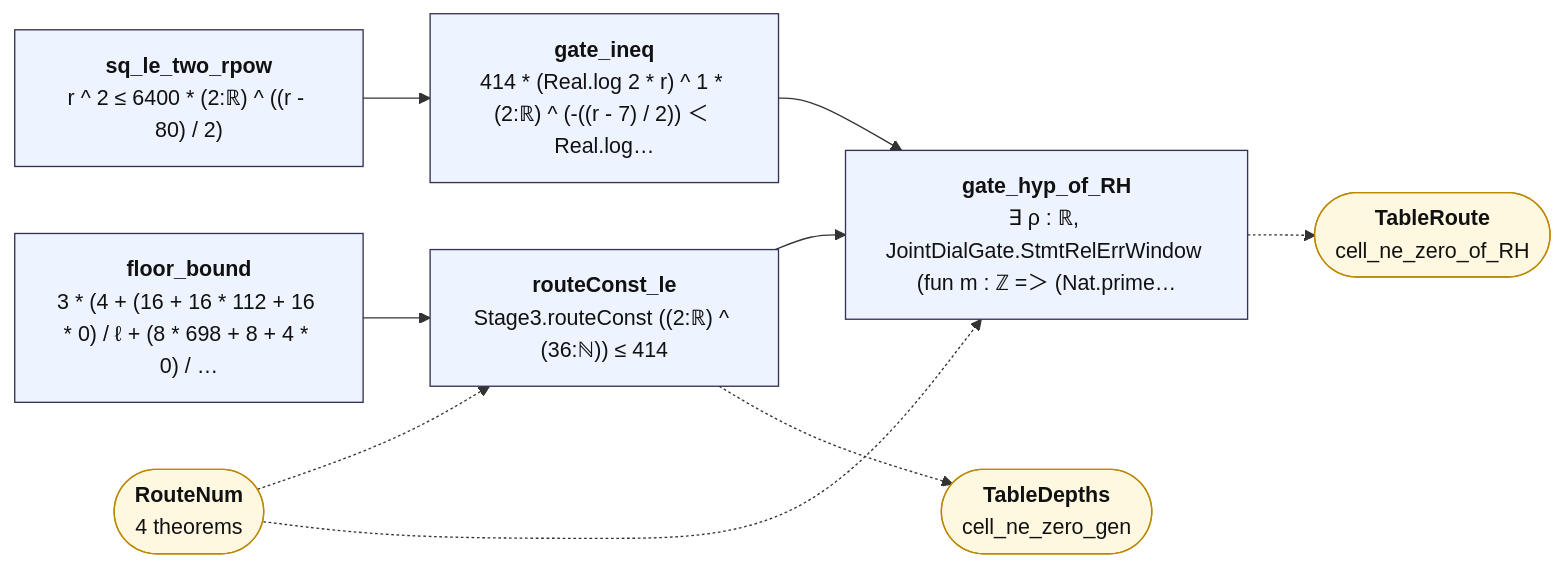
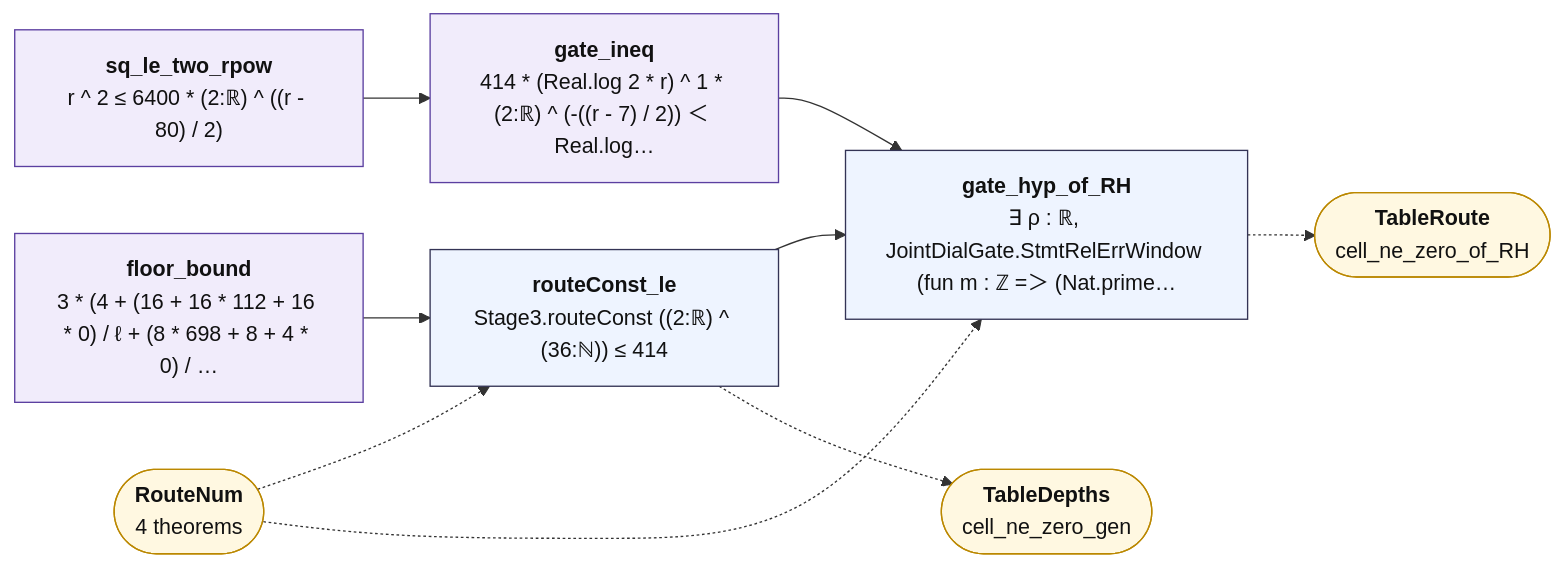
Before and after one commit to juliansambranojr/Primebeat_081426: the diagram in map/lean_stage3/GateEval.md, drawn with Mermaid. The commit also changed other lines of this file and 398 other files, not shown here.

````diff
--- a/map/lean_stage3/GateEval.md
+++ b/map/lean_stage3/GateEval.md
@@ -12,24 +12,27 @@
 ```mermaid
 flowchart LR
-  n0["<b>floor_bound</b><br/>3 * (4 + (16 + 16 * 112 + 16 * 0) / ℓ + (8 * 698 + 8 + 4 * 0) / …"]:::thm
+  n0["<b>floor_bound</b><br/>3 * (4 + (16 + 16 * 112 + 16 * 0) / ℓ + (8 * 698 + 8 + 4 * 0) / …"]:::shp
   n1["<b>routeConst_le</b><br/>Stage3.routeConst ((2:ℝ) ^ (36:ℕ)) ≤ 414"]:::thm
-  n2["<b>sq_le_two_rpow</b><br/>r ^ 2 ≤ 6400 * (2:ℝ) ^ ((r - 80) / 2)"]:::thm
-  n3["<b>gate_ineq</b><br/>414 * (Real.log 2 * r) ^ 1 * (2:ℝ) ^ (-((r - 7) / 2)) ＜ Real.log…"]:::thm
+  n2["<b>sq_le_two_rpow</b><br/>r ^ 2 ≤ 6400 * (2:ℝ) ^ ((r - 80) / 2)"]:::shp
+  n3["<b>gate_ineq</b><br/>414 * (Real.log 2 * r) ^ 1 * (2:ℝ) ^ (-((r - 7) / 2)) ＜ Real.log…"]:::shp
   n4["<b>gate_hyp_of_RH</b><br/>∃ ρ : ℝ, JointDialGate.StmtRelErrWindow (fun m : ℤ =＞ (Nat.prime…"]:::thm
   x0(["<b>RouteNum</b><br/>4 theorems"]):::ext
   x1(["<b>TableDepths</b><br/>cell_ne_zero_gen"]):::ext
   x2(["<b>TableRoute</b><br/>cell_ne_zero_of_RH"]):::ext
   n0 --> n1
   n1 --> n4
   n2 --> n3
   n3 --> n4
   n1 -.-> x1
   n4 -.-> x2
   x0 -.-> n1
   x0 -.-> n4
+  classDef cnt fill:#dff5ec,stroke:#17694a,color:#111
+  classDef shp fill:#f1ecfb,stroke:#5b3fa0,color:#111
+  classDef rh fill:#ffe5e5,stroke:#c22,color:#111,stroke-width:2px
   classDef thm fill:#eef4ff,stroke:#335,color:#111
   classDef end_ fill:#e7f7e7,stroke:#2a7,color:#111,stroke-width:2px
   classDef lone fill:#fff,stroke:#999,color:#111,stroke-dasharray:4 3
   classDef bad fill:#ffe5e5,stroke:#c22,color:#111,stroke-width:2px
   classDef ext fill:#fff8e1,stroke:#b80,color:#111
 ```
````
